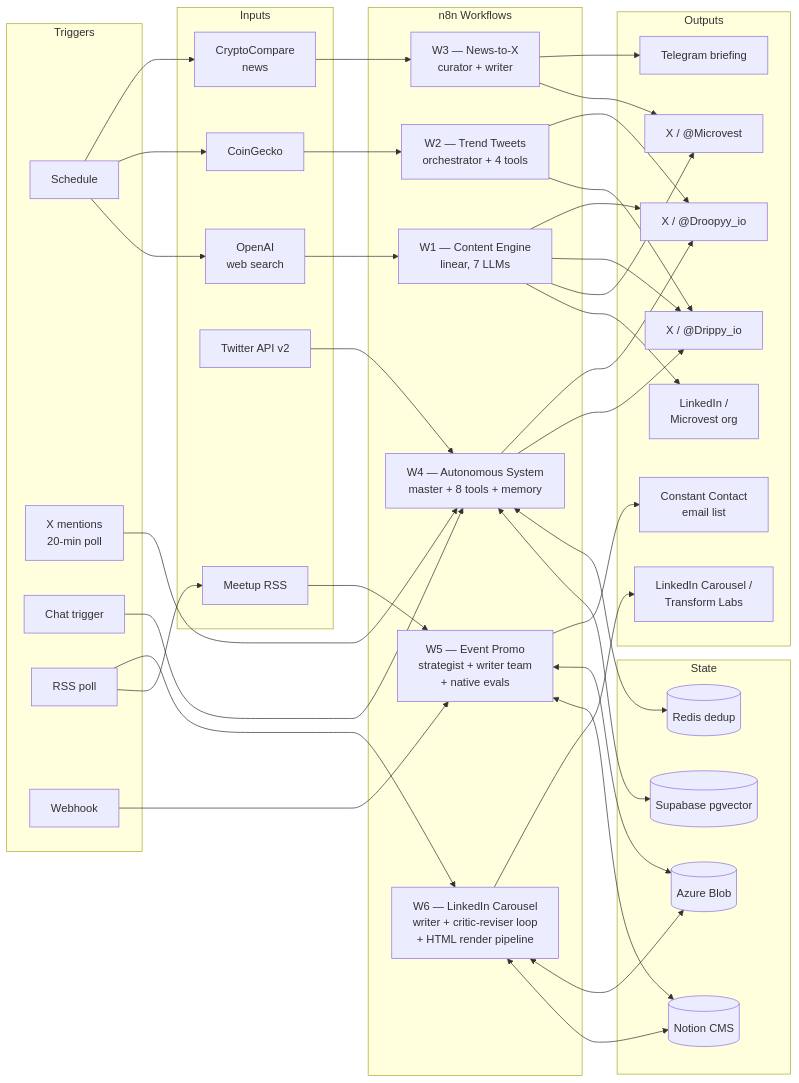
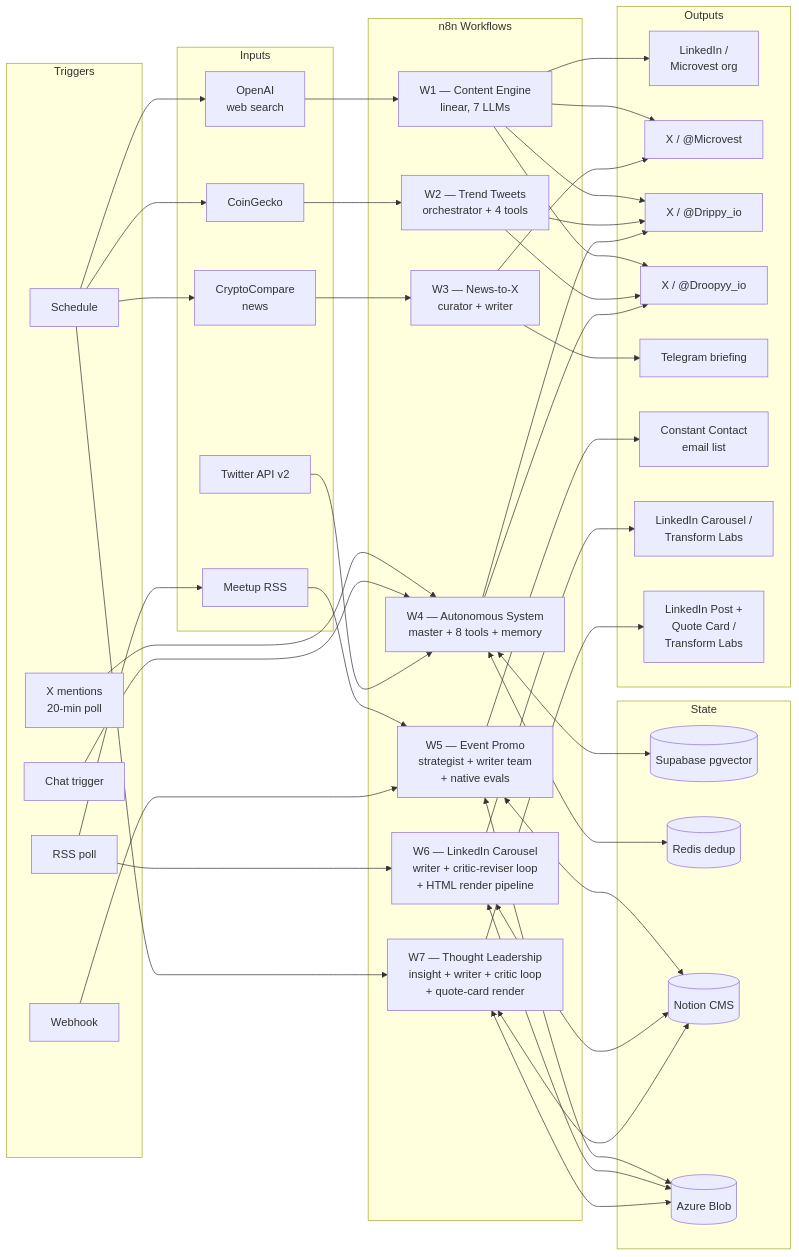
One commit to Talonsturgill/Automations changed the diagram in README.md. Above: the diagram before and after it, drawn with Mermaid. The commit also changed other lines of this file and 2 other files, not shown here.

First line of the commit message:
Document W7 — Transform Labs LinkedIn Thought Leadership Engine (#3)

````diff
--- a/README.md
+++ b/README.md
@@ -41,65 +45,71 @@
 ```mermaid
 flowchart LR
     subgraph triggers[Triggers]
         S1[Schedule]
         MENT[X mentions<br/>20-min poll]
         CHAT[Chat trigger]
         RSS[RSS poll]
         WH[Webhook]
     end
 
     subgraph sources[Inputs]
         WEB[OpenAI<br/>web search]
         CG[CoinGecko]
         CC[CryptoCompare<br/>news]
         TW[Twitter API v2]
         MEET[Meetup RSS]
     end
 
     subgraph engines[n8n Workflows]
         W1[W1 — Content Engine<br/>linear, 7 LLMs]
         W2[W2 — Trend Tweets<br/>orchestrator + 4 tools]
         W3[W3 — News-to-X<br/>curator + writer]
         W4[W4 — Autonomous System<br/>master + 8 tools + memory]
         W5[W5 — Event Promo<br/>strategist + writer team<br/>+ native evals]
         W6[W6 — LinkedIn Carousel<br/>writer + critic-reviser loop<br/>+ HTML render pipeline]
+        W7[W7 — Thought Leadership<br/>insight + writer + critic loop<br/>+ quote-card render]
     end
 
     subgraph memory[State]
         PG[(Supabase pgvector)]
         RD[(Redis dedup)]
         NOT[(Notion CMS)]
         BLOB[(Azure Blob)]
     end
 
     subgraph out[Outputs]
         LI[LinkedIn /<br/>Microvest org]
         TM[X / @Microvest]
         TD[X / @Drippy_io]
         TY[X / @Droopyy_io]
         TG[Telegram briefing]
         EM[Constant Contact<br/>email list]
         LC[LinkedIn Carousel /<br/>Transform Labs]
+        LT[LinkedIn Post +<br/>Quote Card /<br/>Transform Labs]
     end
 
     S1 --> WEB & CG & CC
     RSS --> MEET
     WEB --> W1 --> LI & TM & TD & TY
     CG --> W2 --> TD & TY
     CC --> W3 --> TM & TG
     MENT --> W4
     CHAT --> W4
     TW --> W4
     W4 <--> PG
     W4 <--> RD
     W4 --> TD & TY
     MEET --> W5
     WH --> W5
     W5 <--> NOT
     W5 <--> BLOB
     W5 --> EM
     RSS --> W6
     W6 <--> NOT
     W6 <--> BLOB
     W6 --> LC
+    S1 --> W7
+    W7 <--> NOT
+    W7 <--> BLOB
+    W7 --> LT
 ```
````
